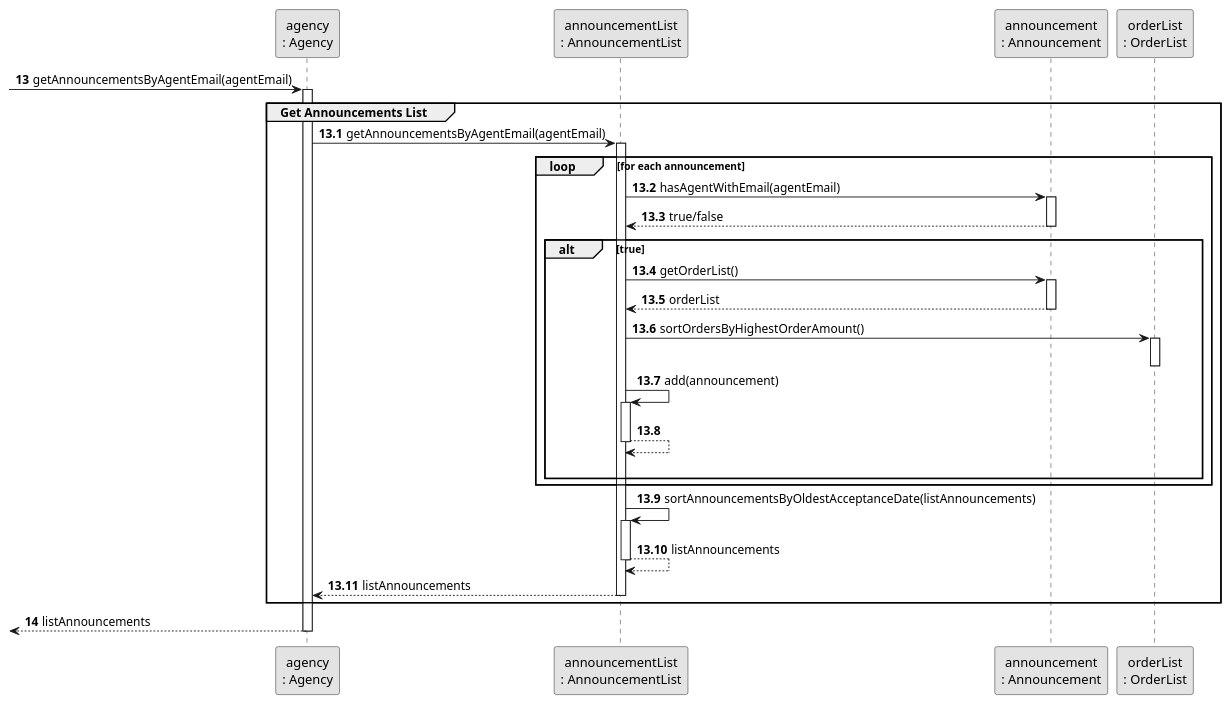
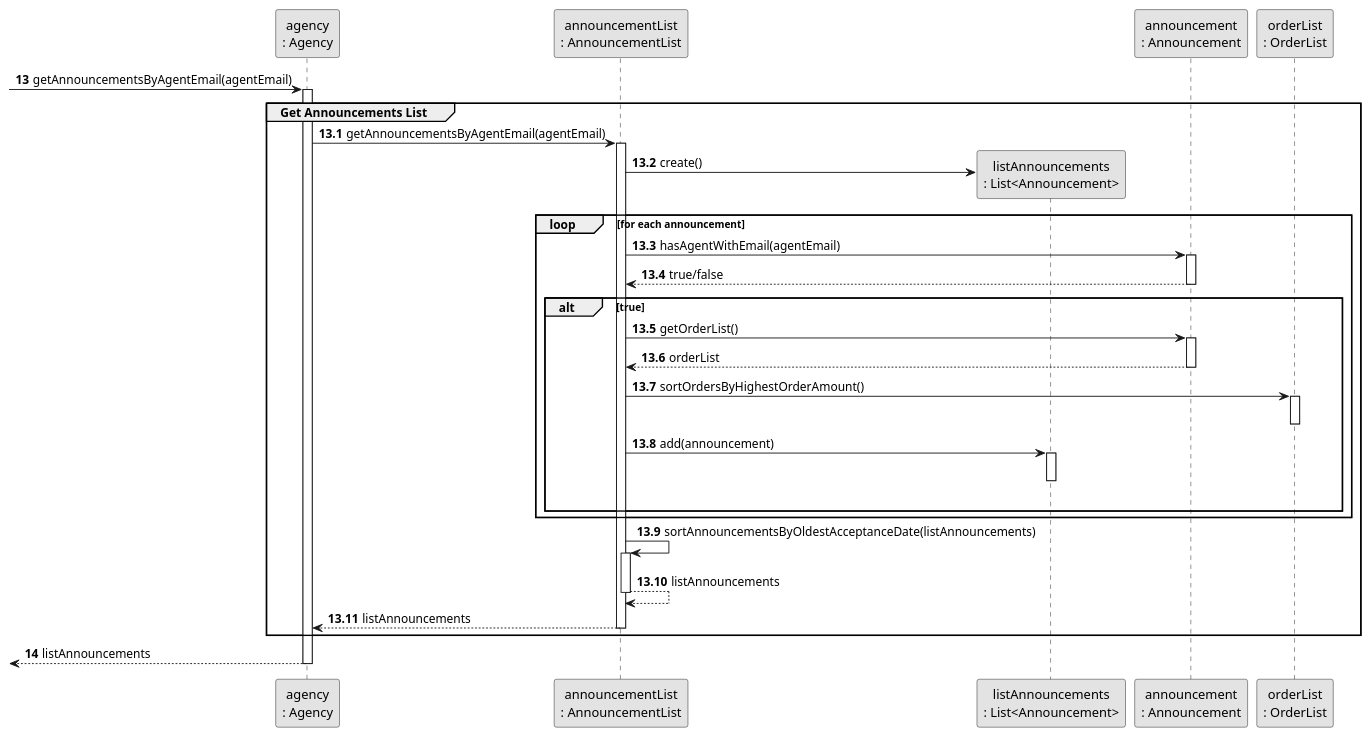
The diagram in docs/sprintC/us011/03.design/puml/us011-sequence-diagram-partial-get-announcements-list.puml (rita-barbosa/LAPR2-2223), drawn with PlantUML before and after one commit. The commit also changed 7 other files, not shown here.

Commit message:
Update sequence & class diagram: correcting add to list [US012][Design][#05 Task]

```diff
--- a/docs/sprintC/us011/03.design/puml/us011-sequence-diagram-partial-get-announcements-list.puml
+++ b/docs/sprintC/us011/03.design/puml/us011-sequence-diagram-partial-get-announcements-list.puml
@@ -1,60 +1,65 @@
 @startuml
 skinparam monochrome true
 skinparam packageStyle rectangle
 skinparam shadowing false
 
 
  participant "agency\n: Agency" as AGENCY
  participant "announcementList\n: AnnouncementList" as AnnList
+ participant "listAnnouncements\n: List<Announcement>" as AnnounceList
  participant "announcement\n: Announcement" as Announce
  participant "orderList\n: OrderList" as OrderList
+
 
 
 autonumber 13
      -> AGENCY: getAnnouncementsByAgentEmail(agentEmail)
      activate AGENCY
 
 group Get Announcements List
 autonumber 13.1
      AGENCY -> AnnList : getAnnouncementsByAgentEmail(agentEmail)
      activate AnnList
+
+     AnnList -> AnnounceList**: create()
+
 
      loop for each announcement
      AnnList -> Announce : hasAgentWithEmail(agentEmail)
      activate Announce
 
      Announce --> AnnList : true/false
      deactivate Announce
 
          alt true
             AnnList -> Announce : getOrderList()
             activate Announce
             Announce --> AnnList: orderList
             deactivate Announce
             AnnList -> OrderList : sortOrdersByHighestOrderAmount()
             activate OrderList
             deactivate OrderList
 
-            AnnList -> AnnList : add(announcement)
-            activate AnnList
-            AnnList --> AnnList :
-            deactivate AnnList
+            AnnList -> AnnounceList : add(announcement)
+            activate AnnounceList
+            deactivate AnnounceList
+
          |||
          end alt
      end loop
      AnnList -> AnnList : sortAnnouncementsByOldestAcceptanceDate(listAnnouncements)
      activate AnnList
      AnnList --> AnnList: listAnnouncements
      deactivate AnnList
 
      AnnList --> AGENCY : listAnnouncements
      deactivate AnnList
 
 end group
 
 autonumber 14
       <-- AGENCY : listAnnouncements
      deactivate AGENCY
 
 
 @enduml
```
